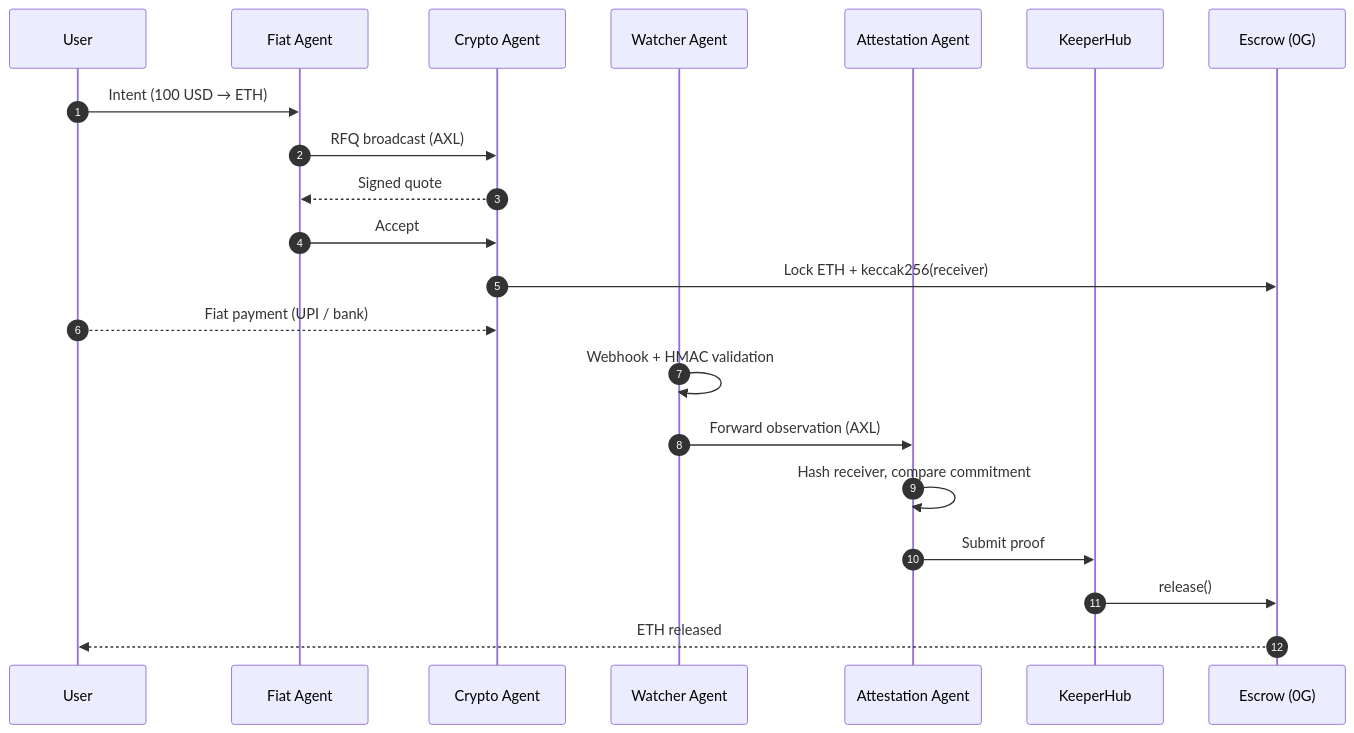
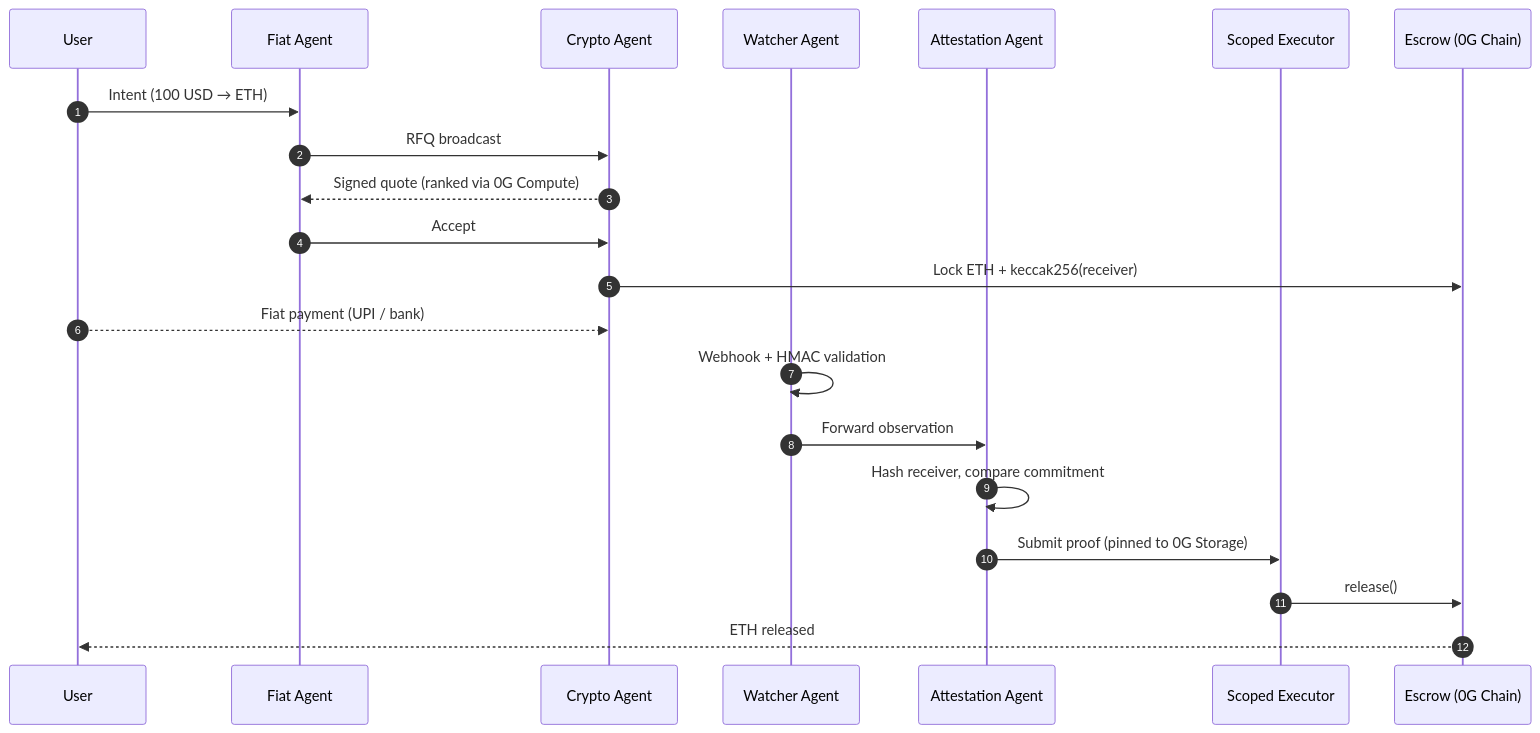
Before and after one commit to arko05roy/Aegis: the first of 2 diagrams in README.md, drawn with Mermaid. The commit also changed other lines of this file, not shown here.

````diff
--- a/README.md
+++ b/README.md
@@ -69,25 +72,25 @@
 ```mermaid
 sequenceDiagram
     autonumber
     participant U as User
     participant FA as Fiat Agent
     participant CA as Crypto Agent
     participant WA as Watcher Agent
     participant AA as Attestation Agent
-    participant KH as KeeperHub
-    participant E as Escrow (0G)
+    participant EX as Scoped Executor
+    participant E as Escrow (0G Chain)
 
     U->>FA: Intent (100 USD → ETH)
-    FA->>CA: RFQ broadcast (AXL)
-    CA-->>FA: Signed quote
+    FA->>CA: RFQ broadcast
+    CA-->>FA: Signed quote (ranked via 0G Compute)
     FA->>CA: Accept
     CA->>E: Lock ETH + keccak256(receiver)
 
     U-->>CA: Fiat payment (UPI / bank)
     WA->>WA: Webhook + HMAC validation
-    WA->>AA: Forward observation (AXL)
+    WA->>AA: Forward observation
     AA->>AA: Hash receiver, compare commitment
-    AA->>KH: Submit proof
-    KH->>E: release()
+    AA->>EX: Submit proof (pinned to 0G Storage)
+    EX->>E: release()
     E-->>U: ETH released
 ```
````
